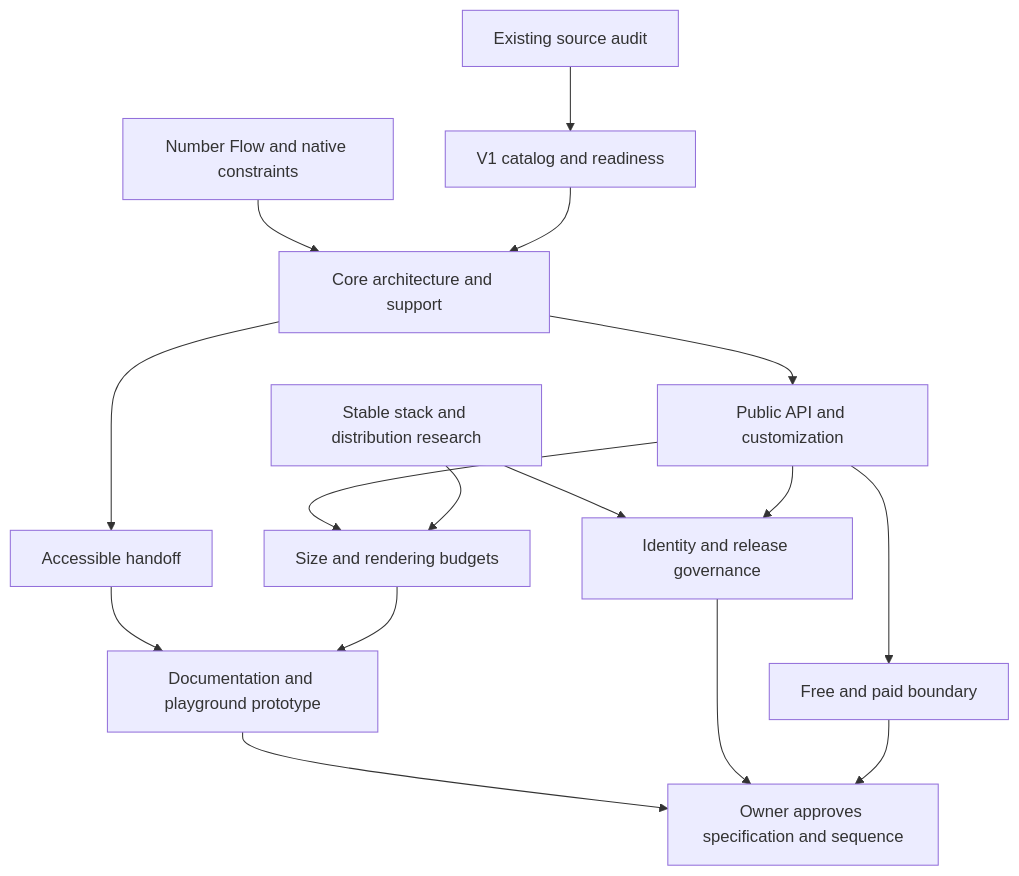
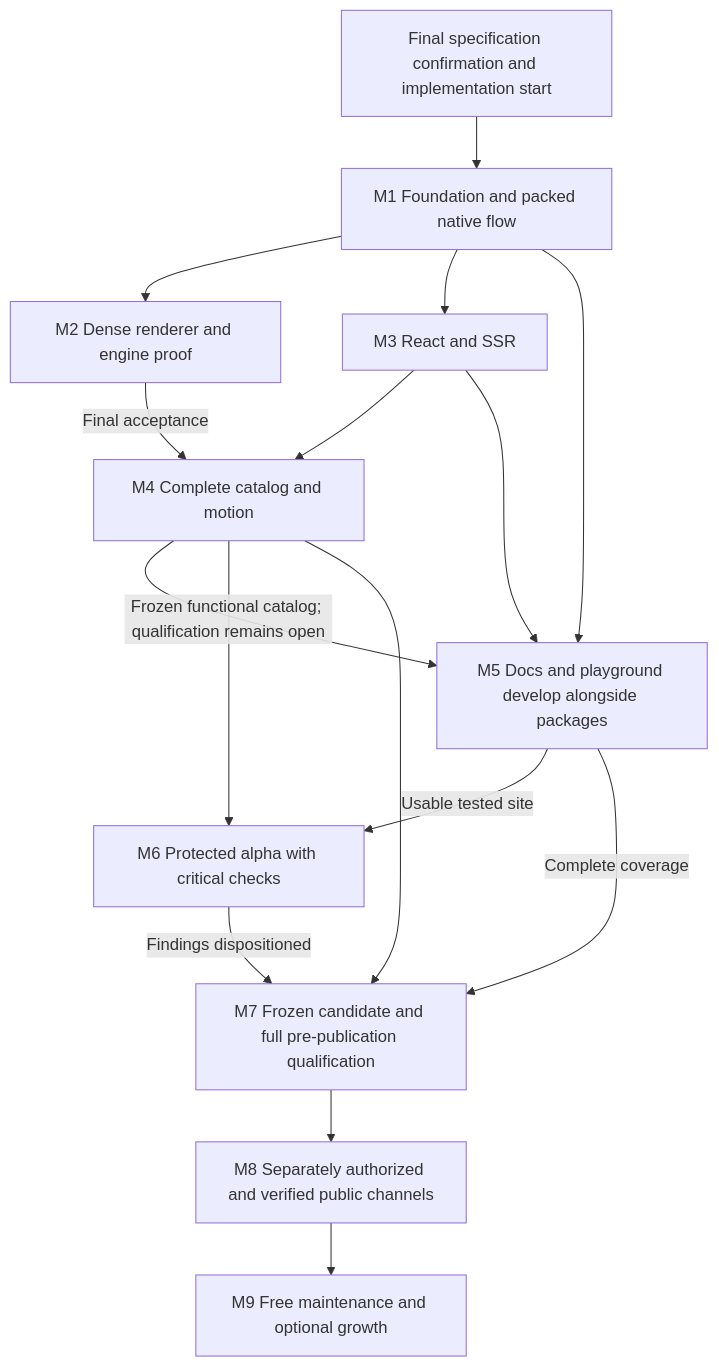
The diagram in docs/roadmap.md (b4rb13/dot-loaders), drawn with Mermaid before and after one commit. The commit also changed other lines of this file and 620 other files, not shown here.

````diff
--- a/docs/roadmap.md
+++ b/docs/roadmap.md
@@ -18,18 +109,18 @@
 ```mermaid
 flowchart TD
-  S[Existing source audit] --> C[V1 catalog and readiness]
-  N[Number Flow and native constraints] --> A[Core architecture and support]
-  C --> A
-  A --> API[Public API and customization]
-  A --> AX[Accessible handoff]
-  T[Stable stack and distribution research] --> R[Identity and release governance]
-  API --> R
-  API --> P[Size and rendering budgets]
-  T --> P
-  AX --> D[Documentation and playground prototype]
-  P --> D
-  API --> B[Free and paid boundary]
-  D --> H[Owner approves specification and sequence]
-  R --> H
-  B --> H
+  A[Final specification confirmation and implementation start] --> M1[M1 Foundation and packed native flow]
+  M1 --> M2[M2 Dense renderer and engine proof]
+  M1 --> M3[M3 React and SSR]
+  M1 --> M5[M5 Docs and playground develop alongside packages]
+  M2 -->|Final acceptance| M4[M4 Complete catalog and motion]
+  M3 --> M4
+  M3 --> M5
+  M4 -->|Frozen functional catalog; qualification remains open| M5
+  M4 --> M6[M6 Protected alpha with critical checks]
+  M5 -->|Usable tested site| M6
+  M6 -->|Findings dispositioned| M7[M7 Frozen candidate and full pre-publication qualification]
+  M4 --> M7
+  M5 -->|Complete coverage| M7
+  M7 --> M8[M8 Separately authorized and verified public channels]
+  M8 --> M9[M9 Free maintenance and optional growth]
 ```
````
